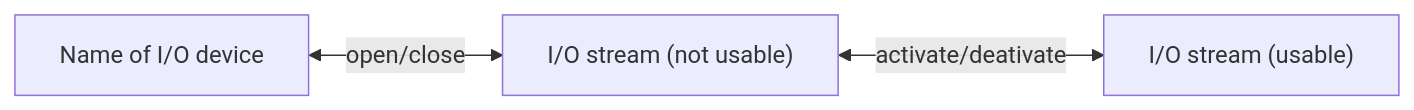
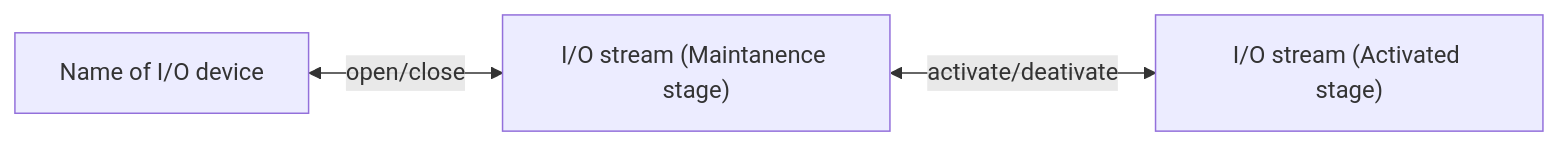
Before and after one commit to ehgus/ExternalDeviceIOs.jl: the diagram in README.md, drawn with Mermaid. The commit also changed other lines of this file, not shown here.

````diff
--- a/README.md
+++ b/README.md
@@ -12,6 +17,6 @@
 ```mermaid
 flowchart LR
     A["Name of I/O device"]<-- open/close --> B;
-    B["I/O stream (not usable)"]<-- activate/deativate --> C;
-    C["I/O stream (usable)"];
+    B["I/O stream (Maintanence stage)"]<-- activate/deativate --> C;
+    C["I/O stream (Activated stage)"];
 ```
````
